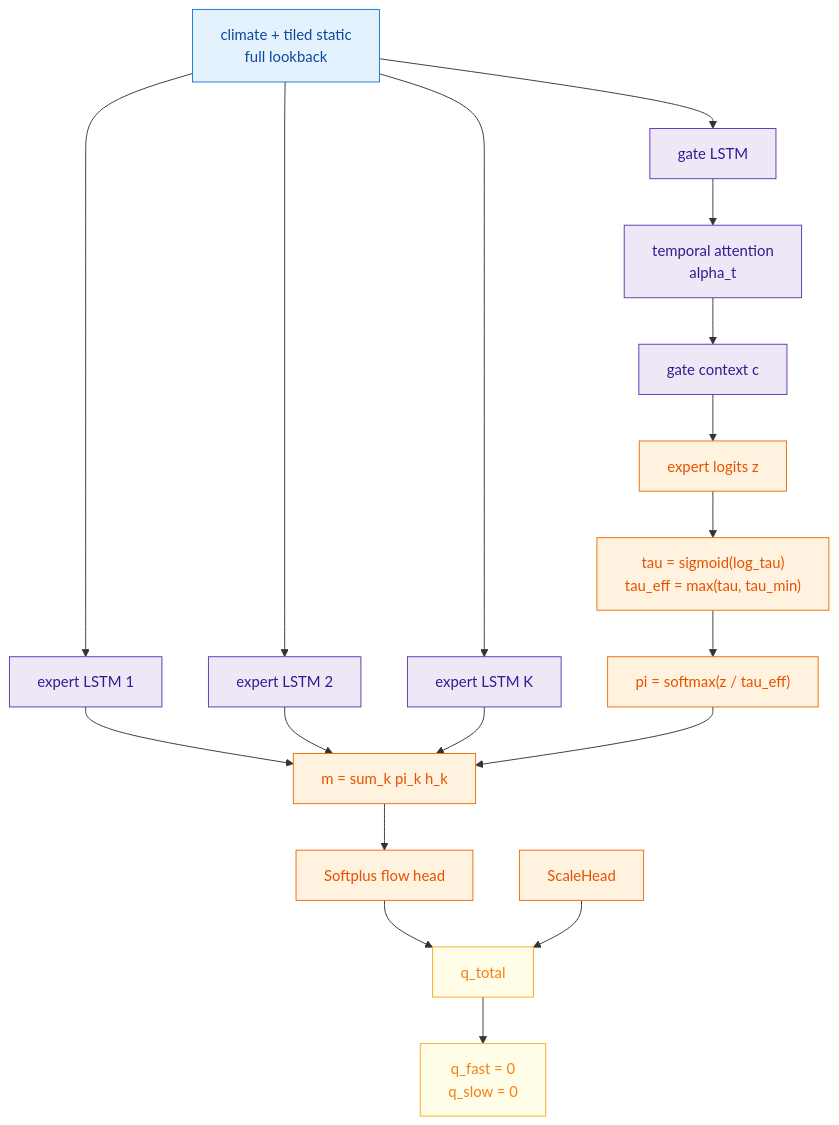
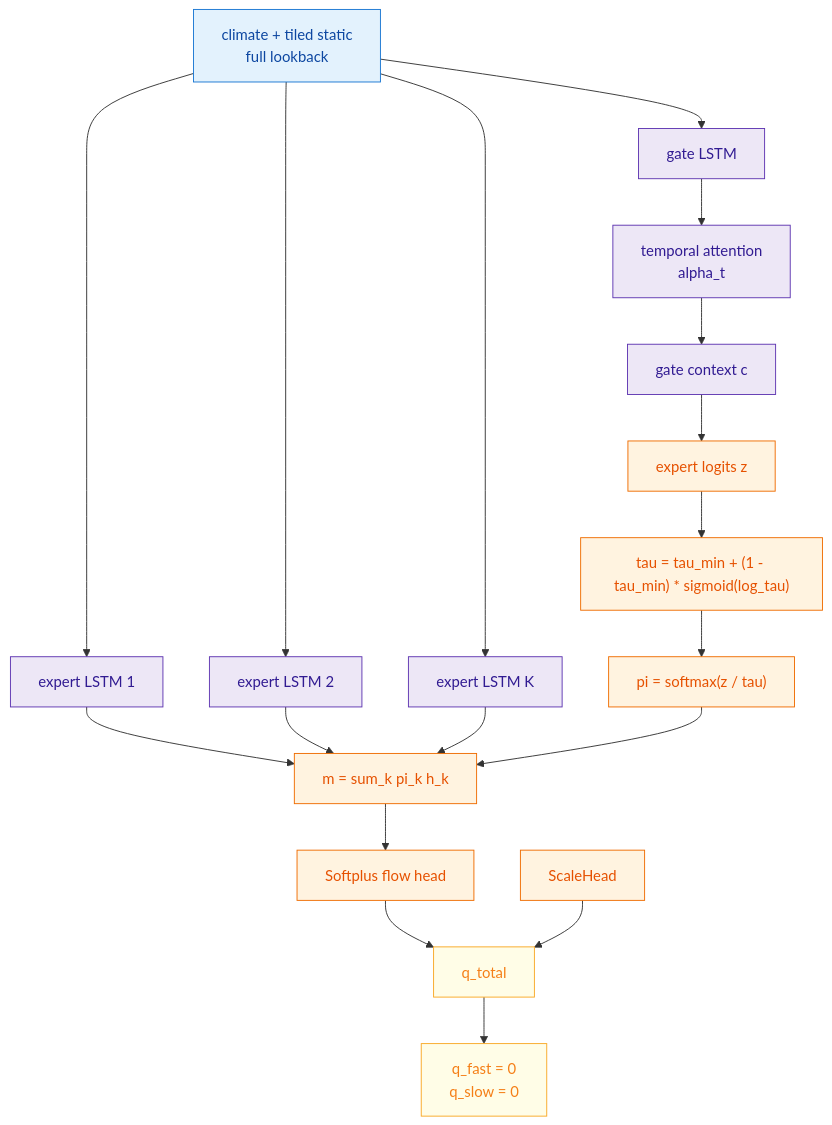
Before and after one commit to wyattarnold/neuralhyd-ca: the sixth of 6 diagrams in docs/models/lstm.md, drawn with Mermaid. The commit also changed other lines of this file and 17 other files, not shown here.

````diff
--- a/docs/models/lstm.md
+++ b/docs/models/lstm.md
@@ -369,35 +375,35 @@
 ```mermaid
 flowchart TD
     X["climate + tiled static<br/>full lookback"]:::input
     E1["expert LSTM 1"]:::seq
     E2["expert LSTM 2"]:::seq
     E3["expert LSTM K"]:::seq
     GateLSTM["gate LSTM"]:::seq
     TimeAttn["temporal attention<br/>alpha_t"]:::seq
     Context["gate context c"]:::seq
     Logits["expert logits z"]:::head
-    Tau["tau = sigmoid(log_tau)<br/>tau_eff = max(tau, tau_min)"]:::head
-    Pi["pi = softmax(z / tau_eff)"]:::head
+    Tau["tau = tau_min + (1 - tau_min) * sigmoid(log_tau)"]:::head
+    Pi["pi = softmax(z / tau)"]:::head
     Mix["m = sum_k pi_k h_k"]:::head
     Head["Softplus flow head"]:::head
     Scale["ScaleHead"]:::head
     Q["q_total"]:::output
     Zeros["q_fast = 0<br/>q_slow = 0"]:::output
 
     X --> E1
     X --> E2
     X --> E3
     X --> GateLSTM --> TimeAttn --> Context --> Logits --> Tau --> Pi
     E1 --> Mix
     E2 --> Mix
     E3 --> Mix
     Pi --> Mix
     Mix --> Head --> Q
     Scale --> Q
     Q --> Zeros
 
     classDef input fill:#e3f2fd,stroke:#1976d2,color:#0d47a1
     classDef seq fill:#ede7f6,stroke:#5e35b1,color:#311b92
     classDef head fill:#fff3e0,stroke:#ef6c00,color:#e65100
     classDef output fill:#fffde7,stroke:#f9a825,color:#f57f17
 ```
````
